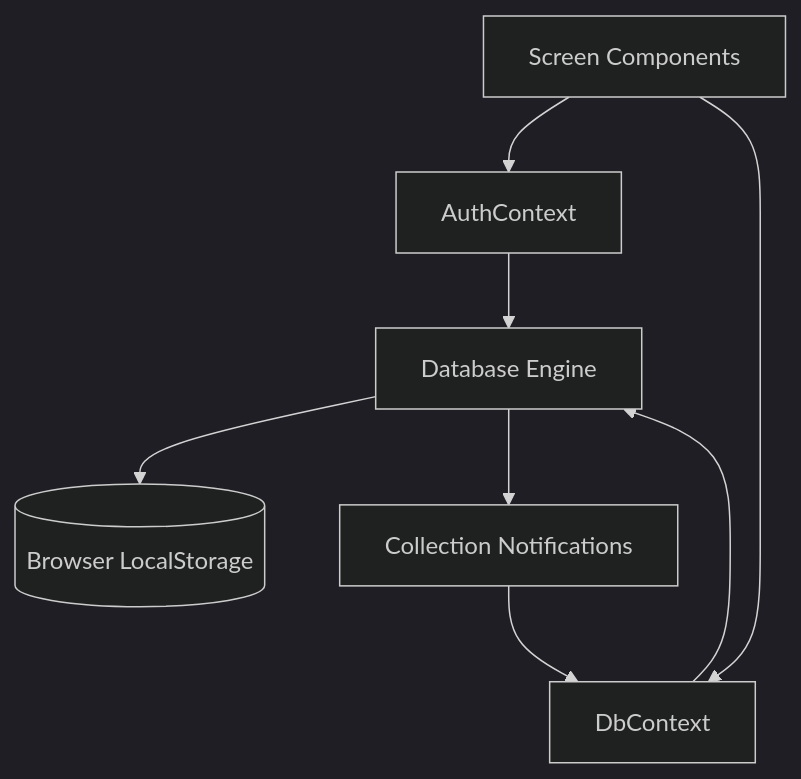
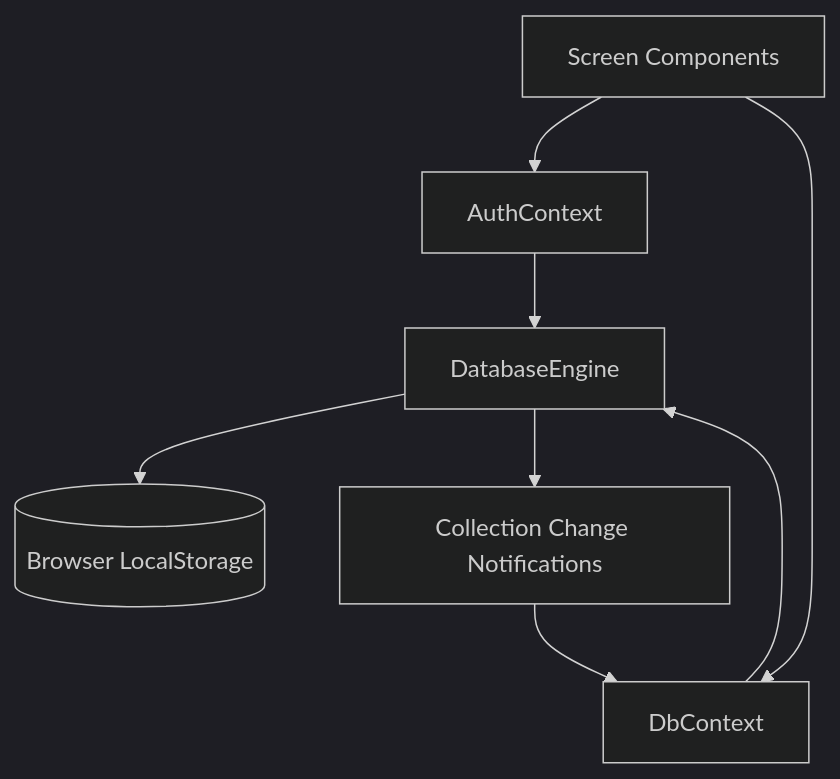
One commit to youzaahsan/SmartBizPOS-Pro-System changed the first of 2 diagrams in README.md. Above: the diagram before and after it, drawn with Mermaid (dark theme). The commit also changed other lines of this file, not shown here.

````diff
--- a/README.md
+++ b/README.md
@@ -184,10 +273,10 @@
 ```mermaid
 flowchart TD
     UI["Screen Components"] --> Auth["AuthContext"]
-    UI --> DBContext["DbContext"]
-    Auth --> Engine["Database Engine"]
-    DBContext --> Engine
-    Engine --> Storage[("Browser LocalStorage")]
-    Engine --> Notify["Collection Notifications"]
-    Notify --> DBContext
+    UI --> DbCtx["DbContext"]
+    Auth --> Engine["DatabaseEngine"]
+    DbCtx --> Engine
+    Engine --> LS[("Browser LocalStorage")]
+    Engine --> Notify["Collection Change Notifications"]
+    Notify --> DbCtx
 ```
````
